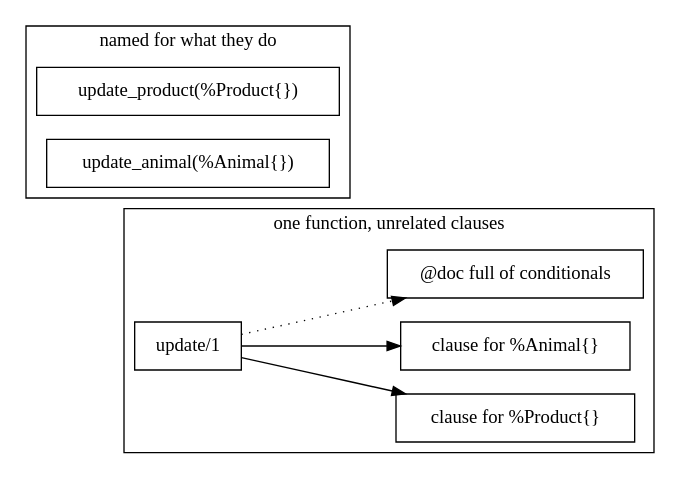
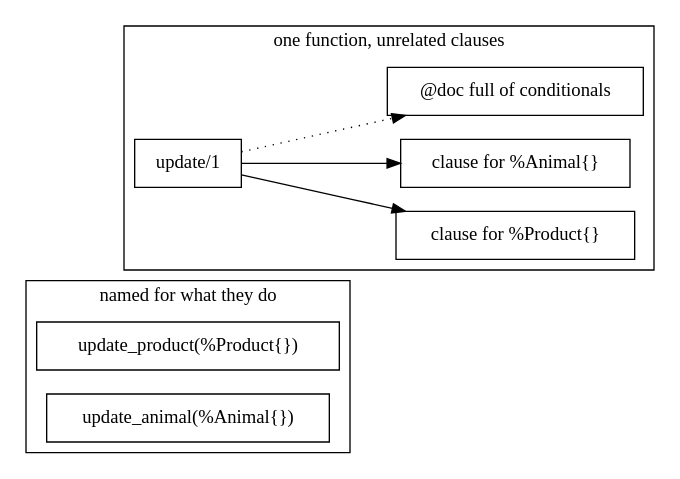
Before and after one commit to danceinthefake/visualixir: the diagram in docs/diagrams/design-anti-patterns/multi-clause.dot, drawn with Graphviz. The commit also changed other lines of this file and 13 other files, not shown here.

First line of the commit message:
Put diagram clusters in reading order

```diff
--- a/docs/diagrams/design-anti-patterns/multi-clause.dot
+++ b/docs/diagrams/design-anti-patterns/multi-clause.dot
@@ -1,19 +1,19 @@
 digraph multi_clause {
   rankdir=LR
   node [shape=box]
+  subgraph cluster_good {
+    label="named for what they do"
+    up [label="update_product(%Product{})" class=hl]
+    ua [label="update_animal(%Animal{})" class=hl]
+  }
   subgraph cluster_bad {
     label="one function, unrelated clauses"
     u [label="update/1"]
     c1 [label="clause for %Product{}"]
     c2 [label="clause for %Animal{}"]
     d [label="@doc full of conditionals" class=dim]
     u -> c1
     u -> c2
     u -> d [style=dotted class=dim]
   }
-  subgraph cluster_good {
-    label="named for what they do"
-    up [label="update_product(%Product{})" class=hl]
-    ua [label="update_animal(%Animal{})" class=hl]
-  }
 }
```
